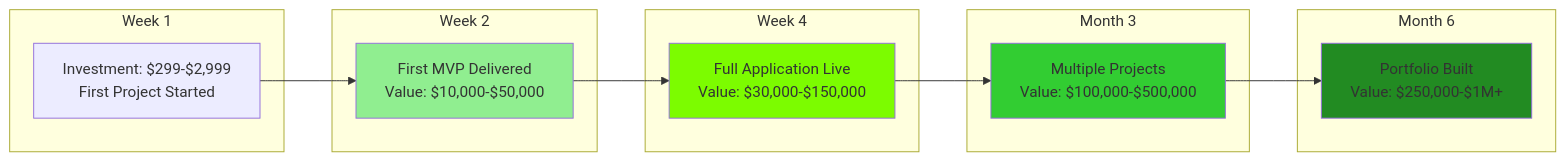
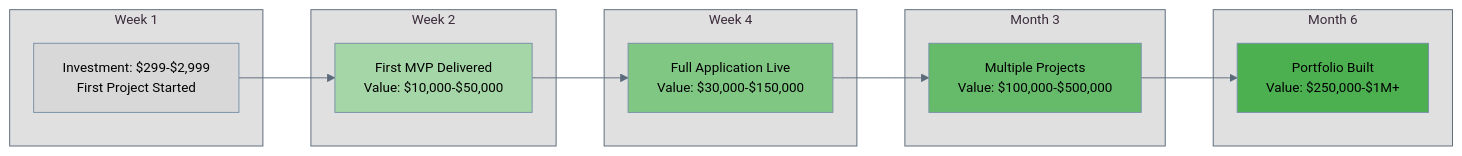
One commit to o2alexanderfedin/AI-Hive-Business-Docs changed the sixth of 10 diagrams in business-documents/competitive-positioning/05-pricing-strategy.md. Above: the diagram before and after it, drawn with Mermaid. The commit also changed other lines of this file and 3 other files, not shown here.

First line of the commit message:
Fix Mermaid diagram syntax and styling

````diff
--- a/business-documents/competitive-positioning/05-pricing-strategy.md
+++ b/business-documents/competitive-positioning/05-pricing-strategy.md
@@ -233,32 +362,58 @@
 ```mermaid
+%%{init: {
+  'theme': 'base',
+  'themeVariables': {
+    'primaryColor': '#B8C8D8',
+    'primaryTextColor': '#000000',
+    'primaryBorderColor': '#7890A8',
+    'lineColor': '#5A6A7A',
+    'secondaryColor': '#D5C8B0',
+    'tertiaryColor': '#C5D5C5',
+    'background': '#FFFFFF',
+    'mainBkg': '#D8D8D8',
+    'secondBkg': '#C8C8C8',
+    'tertiaryBkg': '#B8B8B8',
+    'primaryFontFamily': 'Arial, sans-serif',
+    'fontSize': '14px',
+    'darkMode': false,
+    'nodeBkg': '#D5D5D5',
+    'nodeBorder': '#7890A8',
+    'clusterBkg': '#E0E0E0',
+    'clusterBorder': '#5A6A7A',
+    'defaultLinkColor': '#5A6A7A',
+    'textColor': '#000000',
+    'labelTextColor': '#000000',
+    'actorTextColor': '#000000'
+  }
+}}%%
 graph LR
     subgraph "Week 1"
         W1[Investment: $299-$2,999<br/>First Project Started]
     end
 
     subgraph "Week 2"
         W2[First MVP Delivered<br/>Value: $10,000-$50,000]
     end
 
     subgraph "Week 4"
         W4[Full Application Live<br/>Value: $30,000-$150,000]
     end
 
     subgraph "Month 3"
         M3[Multiple Projects<br/>Value: $100,000-$500,000]
     end
 
     subgraph "Month 6"
         M6[Portfolio Built<br/>Value: $250,000-$1M+]
     end
 
     W1 --> W2
     W2 --> W4
     W4 --> M3
     M3 --> M6
 
-    style W2 fill:#90EE90
-    style W4 fill:#7CFC00
-    style M3 fill:#32CD32
-    style M6 fill:#228B22
+    style W2 fill:#A5D6A7,color:#000000
+    style W4 fill:#81C784,color:#000000
+    style M3 fill:#66BB6A,color:#000000
+    style M6 fill:#4CAF50,color:#000000
 ```
````
